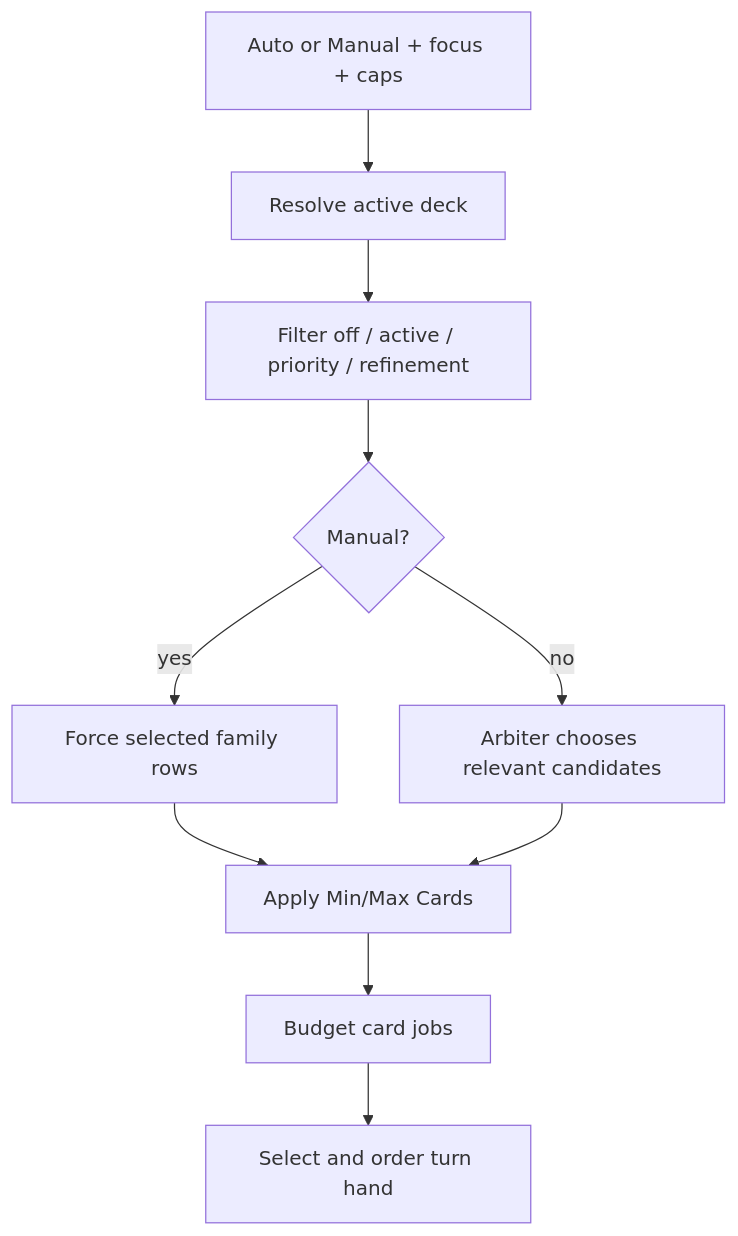
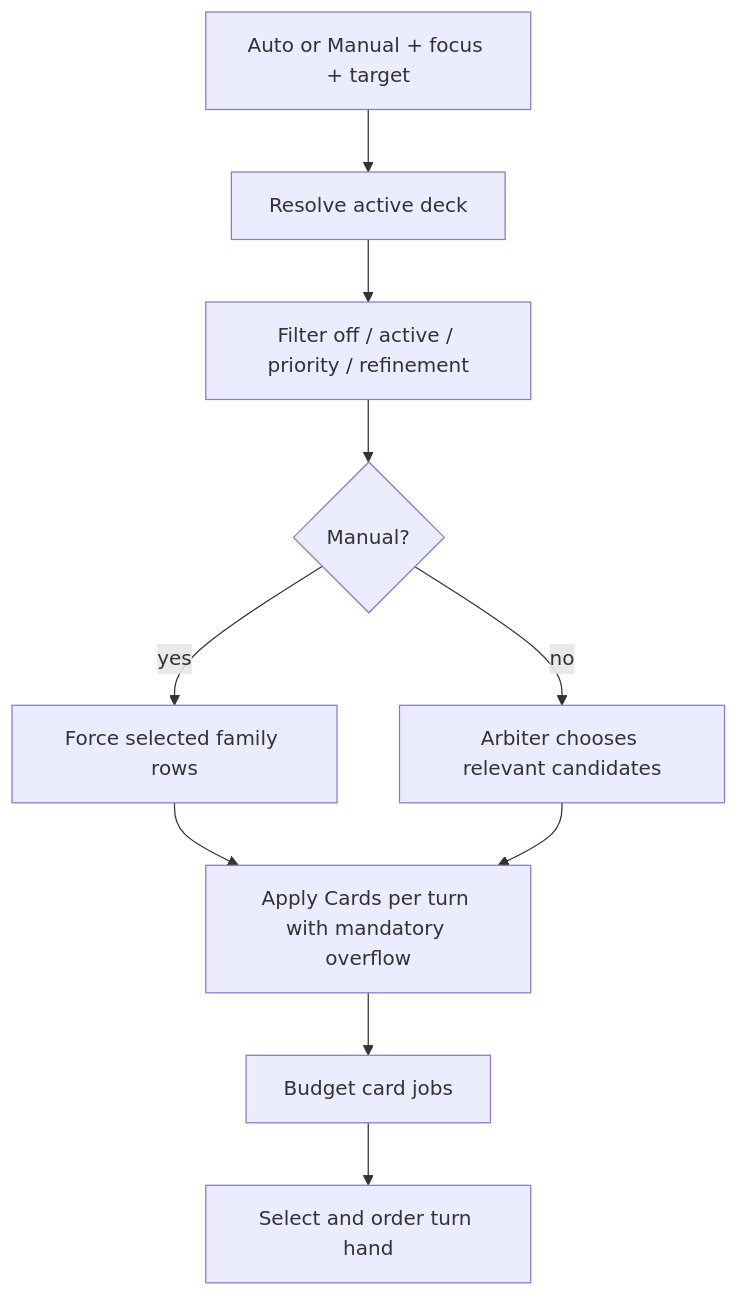
The third of 5 diagrams in docs/technical/CARD_DECK_AND_HAND.md (MentallyQuill/Recursion), drawn with Mermaid before and after one commit. The commit also changed other lines of this file and 115 other files, not shown here.

````diff
--- a/docs/technical/CARD_DECK_AND_HAND.md
+++ b/docs/technical/CARD_DECK_AND_HAND.md
@@ -51,12 +53,12 @@
 ```mermaid
 flowchart TD
-    Settings[Auto or Manual + focus + caps] --> Deck[Resolve active deck]
+    Settings[Auto or Manual + focus + target] --> Deck[Resolve active deck]
     Deck --> State[Filter off / active / priority / refinement]
     State --> Mode{Manual?}
     Mode -->|yes| Forced[Force selected family rows]
     Mode -->|no| Auto[Arbiter chooses relevant candidates]
-    Forced --> Cap[Apply Min/Max Cards]
+    Forced --> Cap[Apply Cards per turn with mandatory overflow]
     Auto --> Cap
     Cap --> Jobs[Budget card jobs]
     Jobs --> Hand[Select and order turn hand]
 ```
````
